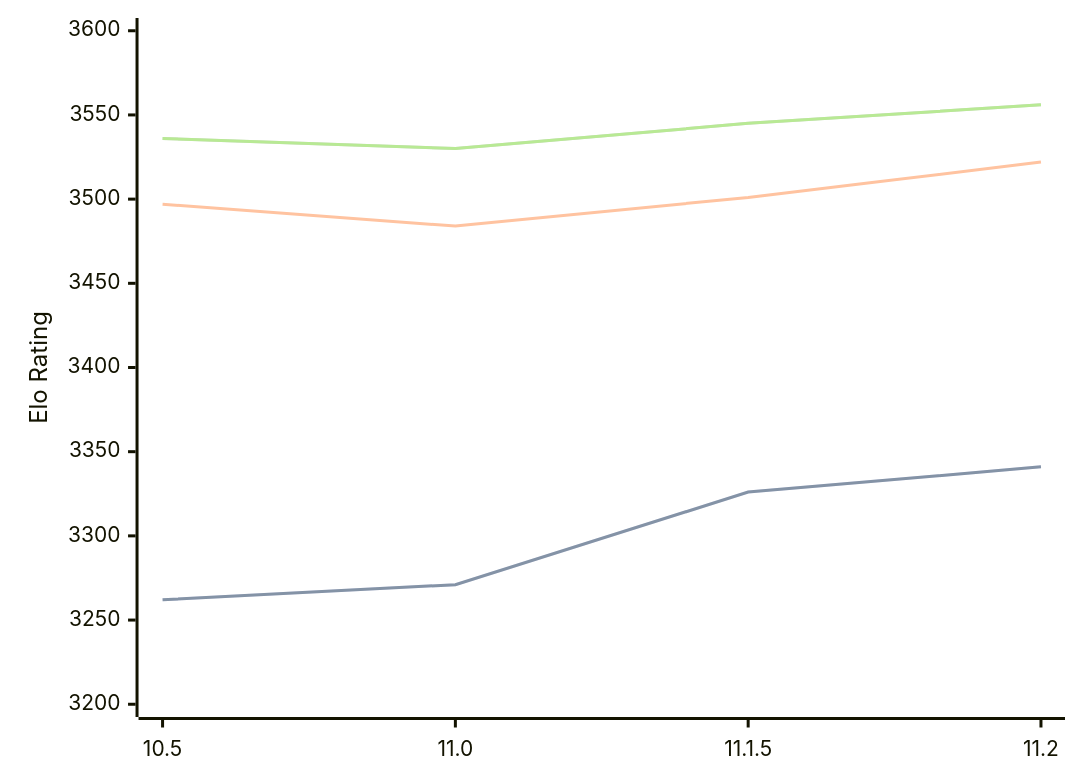
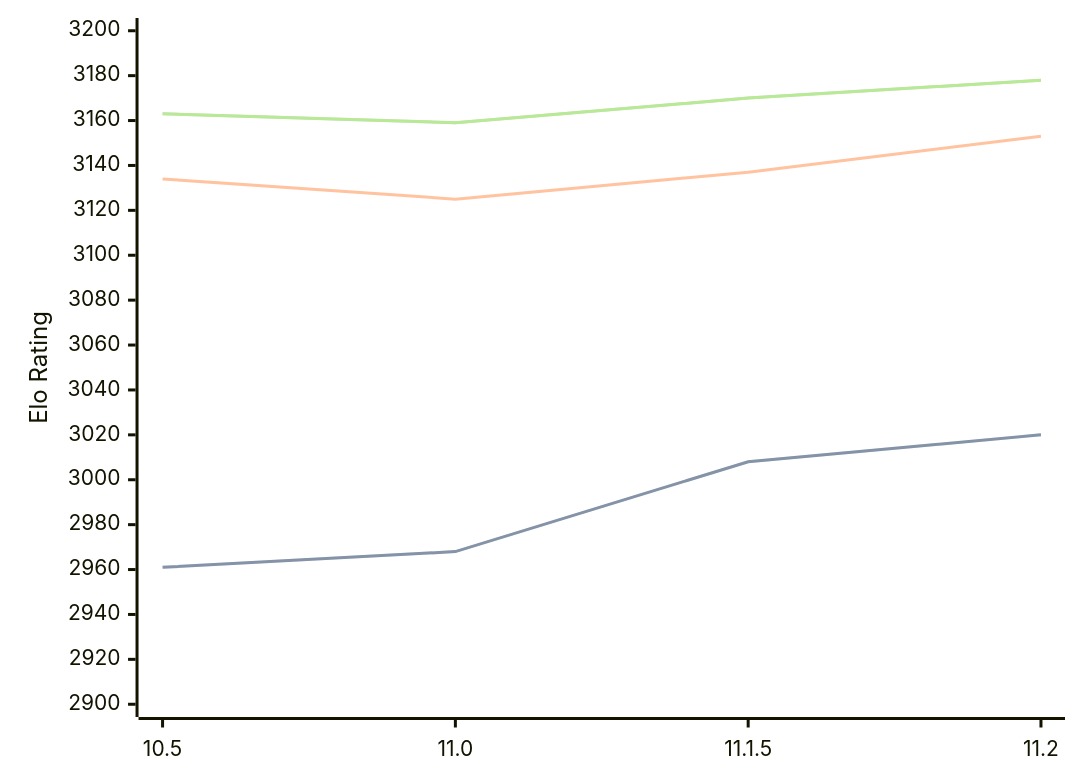
One commit to computer-chess-index/cci changed the diagram in engines/Lizard.md. Above: the diagram before and after it, drawn with Mermaid. The commit also changed other lines of this file, not shown here.

Commit message:
Update CCI Ratings (ELO VLTC) - 2026-02-23

````diff
--- a/engines/Lizard.md
+++ b/engines/Lizard.md
@@ -43,11 +43,11 @@
 ```mermaid
 %%{init: {"theme":"base","themeVariables":{"seriesColors:['#a3a3a3','#222221','#faa371']}}}%%
 xychart-beta
   x-axis ["10.5", "11.0", "11.1.5", "11.2"]
-  y-axis "Elo Rating" 3200 --> 3600
-  line "STC (8.0+0.08s)" [3262, 3271, 3326, 3341]
-  line "STC (8.0+0.08s)" [3262, 3271, 3326, 3341]
-  line "LTC (60.0+0.60s)" [3497, 3484, 3501, 3522]
-  line "VLTC (2m24s+1.12s)" [3536, 3530, 3545, 3556]
-  line "VLTC (2m24s+1.12s)" [3536, 3530, 3545, 3556]
+  y-axis "Elo Rating" 2900 --> 3200
+  line "STC (8.0+0.08s)" [2961, 2968, 3008, 3020]
+  line "STC (8.0+0.08s)" [2961, 2968, 3008, 3020]
+  line "LTC (60.0+0.60s)" [3134, 3125, 3137, 3153]
+  line "VLTC (2m24s+1.12s)" [3163, 3159, 3170, 3178]
+  line "VLTC (2m24s+1.12s)" [3163, 3159, 3170, 3178]
 ```
````
